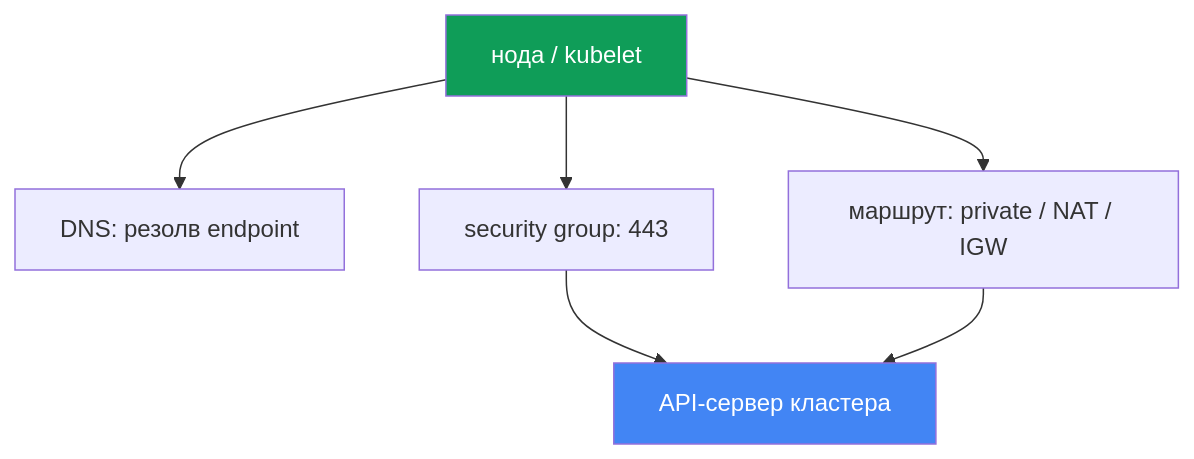
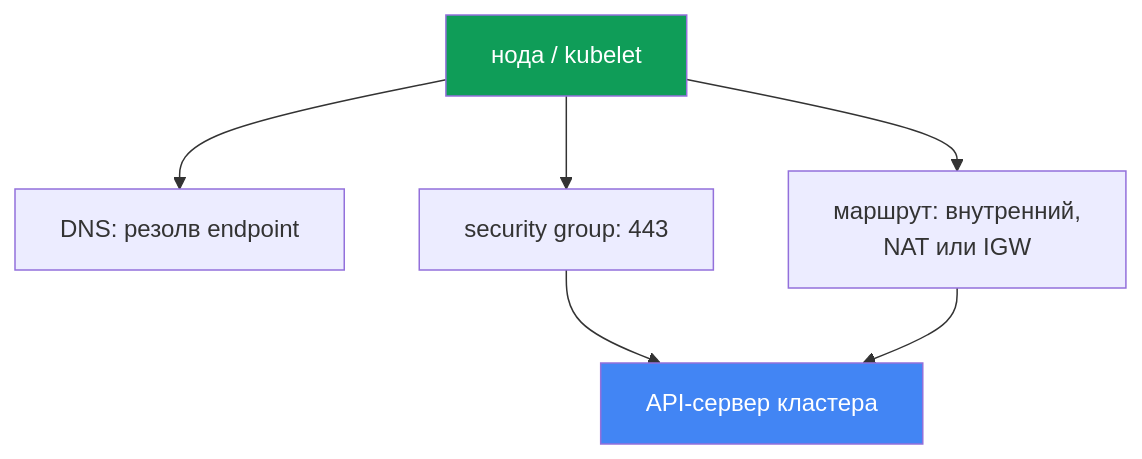
One commit to ViktorUJ/cks changed the second of 2 diagrams in tasks/eks/course/45/ru.md. Above: the diagram before and after it, drawn with Mermaid. The commit also changed other lines of this file and 74 other files, not shown here.

````diff
--- a/tasks/eks/course/45/ru.md
+++ b/tasks/eks/course/45/ru.md
@@ -118,15 +117,15 @@
 ```mermaid
 flowchart TB
     node["нода / kubelet"]
     dns["DNS: резолв endpoint"]
     sg["security group: 443"]
-    route["маршрут: private / NAT / IGW"]
+    route["маршрут: внутренний,<br/>NAT или IGW"]
     api["API-сервер кластера"]
     node --> dns
     node --> sg
     node --> route
     sg --> api
     route --> api
     style api fill:#4285f4,color:#fff
     style node fill:#0f9d58,color:#fff
 ```
````
